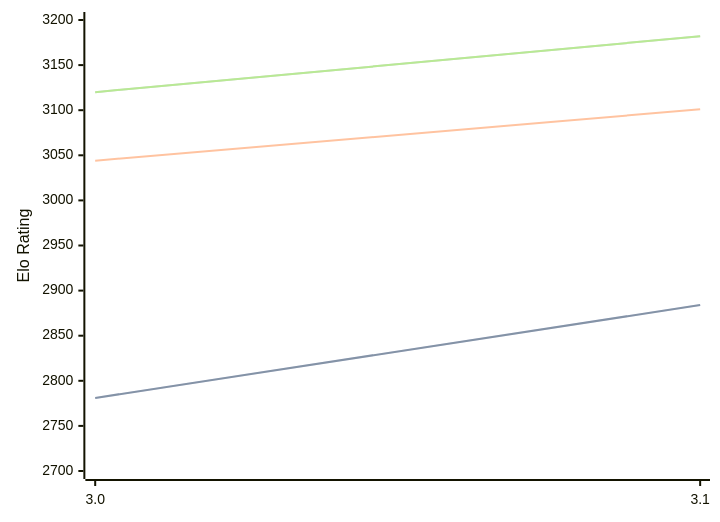
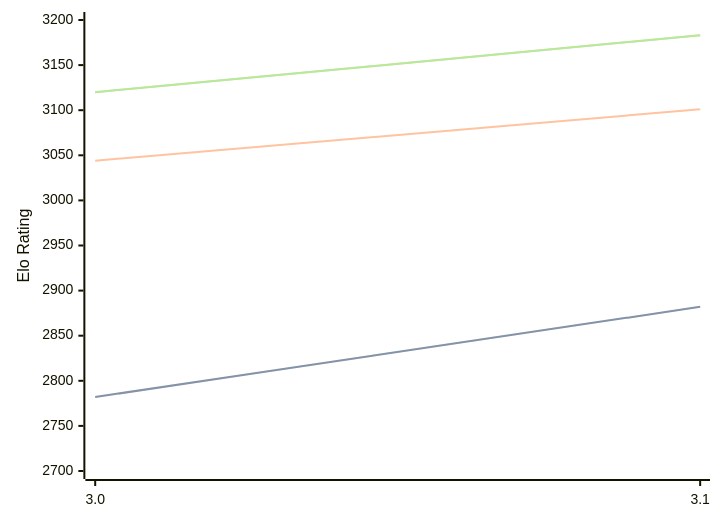
One commit to computer-chess-index/cci changed the diagram in engines/Vajolet2.md. Above: the diagram before and after it, drawn with Mermaid. The commit also changed other lines of this file, not shown here.

Commit message:
Update CCI Ratings (ELO VLTC) - 2026-05-17

````diff
--- a/engines/Vajolet2.md
+++ b/engines/Vajolet2.md
@@ -40,11 +40,11 @@
 ```mermaid
 %%{init: {"theme":"base","themeVariables":{"seriesColors:['#a3a3a3','#222221','#faa371']}}}%%
 xychart-beta
   x-axis ["3.0", "3.1"]
   y-axis "Elo Rating" 2700 --> 3200
-  line "STC (8.0+0.08s)" [2781, 2884]
-  line "STC (8.0+0.08s)" [2781, 2884]
+  line "STC (8.0+0.08s)" [2782, 2882]
+  line "STC (8.0+0.08s)" [2782, 2882]
   line "LTC (60.0+0.60s)" [3044, 3101]
-  line "VLTC (2m24s+1.12s)" [3120, 3182]
-  line "VLTC (2m24s+1.12s)" [3120, 3182]
+  line "VLTC (2m24s+1.12s)" [3120, 3183]
+  line "VLTC (2m24s+1.12s)" [3120, 3183]
 ```
````
